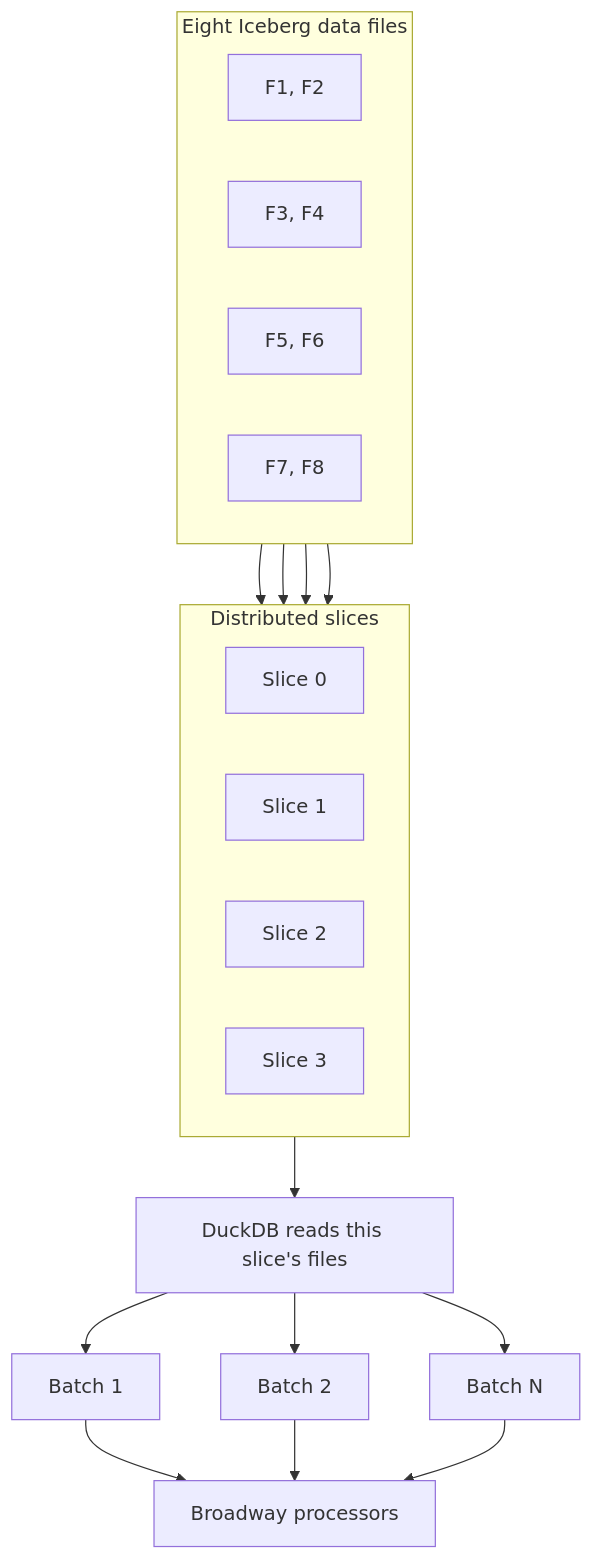
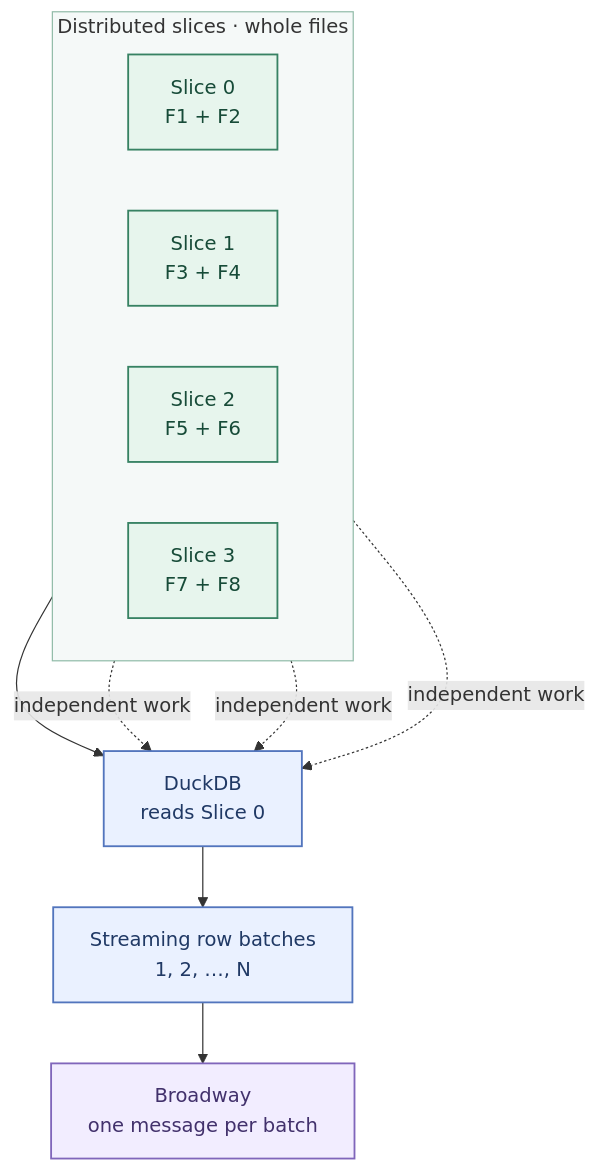
One commit to efcasado/off_broadway_iceberg changed the third of 5 diagrams in guides/iceberg-and-duckdb.md. Above: the diagram before and after it, drawn with Mermaid. The commit also changed other lines of this file, not shown here.

Commit message:
docs: refine Mermaid layouts and visual hierarchy

````diff
--- a/guides/iceberg-and-duckdb.md
+++ b/guides/iceberg-and-duckdb.md
@@ -235,28 +272,25 @@
 ```mermaid
 flowchart TB
-    subgraph Files["Eight Iceberg data files"]
+    subgraph Slices["Distributed slices · whole files"]
         direction LR
-        F1["F1, F2"]
-        F2["F3, F4"]
-        F3["F5, F6"]
-        F4["F7, F8"]
+        S0["Slice 0<br/>F1 + F2"]
+        S1["Slice 1<br/>F3 + F4"]
+        S2["Slice 2<br/>F5 + F6"]
+        S3["Slice 3<br/>F7 + F8"]
     end
-    subgraph Work["Distributed slices"]
-        direction LR
-        S0["Slice 0"]
-        S1["Slice 1"]
-        S2["Slice 2"]
-        S3["Slice 3"]
-    end
-    F1 --> S0
-    F2 --> S1
-    F3 --> S2
-    F4 --> S3
-    S0 --> D["DuckDB reads this slice's files"]
-    D --> B1["Batch 1"]
-    D --> B2["Batch 2"]
-    D --> BN["Batch N"]
-    B1 --> P["Broadway processors"]
-    B2 --> P
-    BN --> P
+
+    S0 --> D["DuckDB<br/>reads Slice 0"]
+    D --> B["Streaming row batches<br/>1, 2, …, N"]
+    B --> P["Broadway<br/>one message per batch"]
+    S1 -.->|independent work| D
+    S2 -.->|independent work| D
+    S3 -.->|independent work| D
+
+    classDef slice fill:#e7f5ed,stroke:#378263,color:#174b38,stroke-width:1.5px
+    classDef stream fill:#eaf1ff,stroke:#5275bd,color:#203965,stroke-width:1.5px
+    classDef process fill:#f2edff,stroke:#8066bb,color:#42316c,stroke-width:1.5px
+    class S0,S1,S2,S3 slice
+    class D,B stream
+    class P process
+    style Slices fill:#3782630c,stroke:#92bca9
 ```
````
